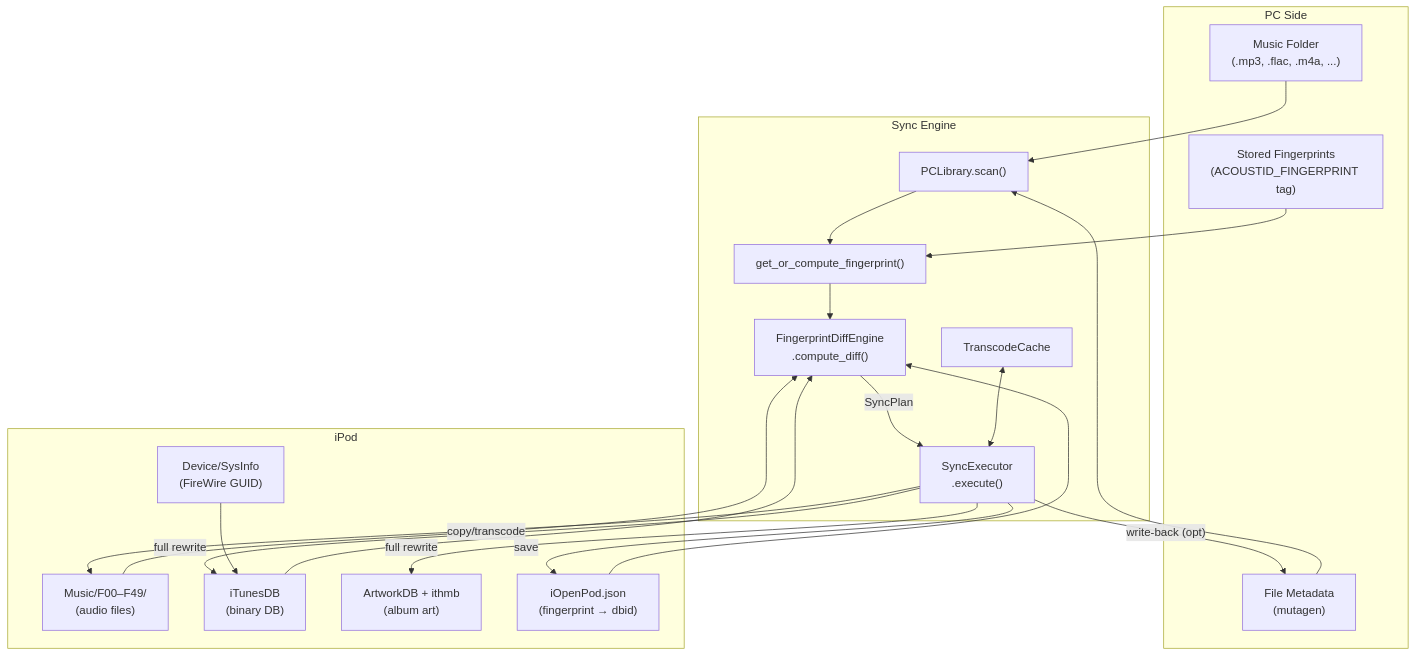
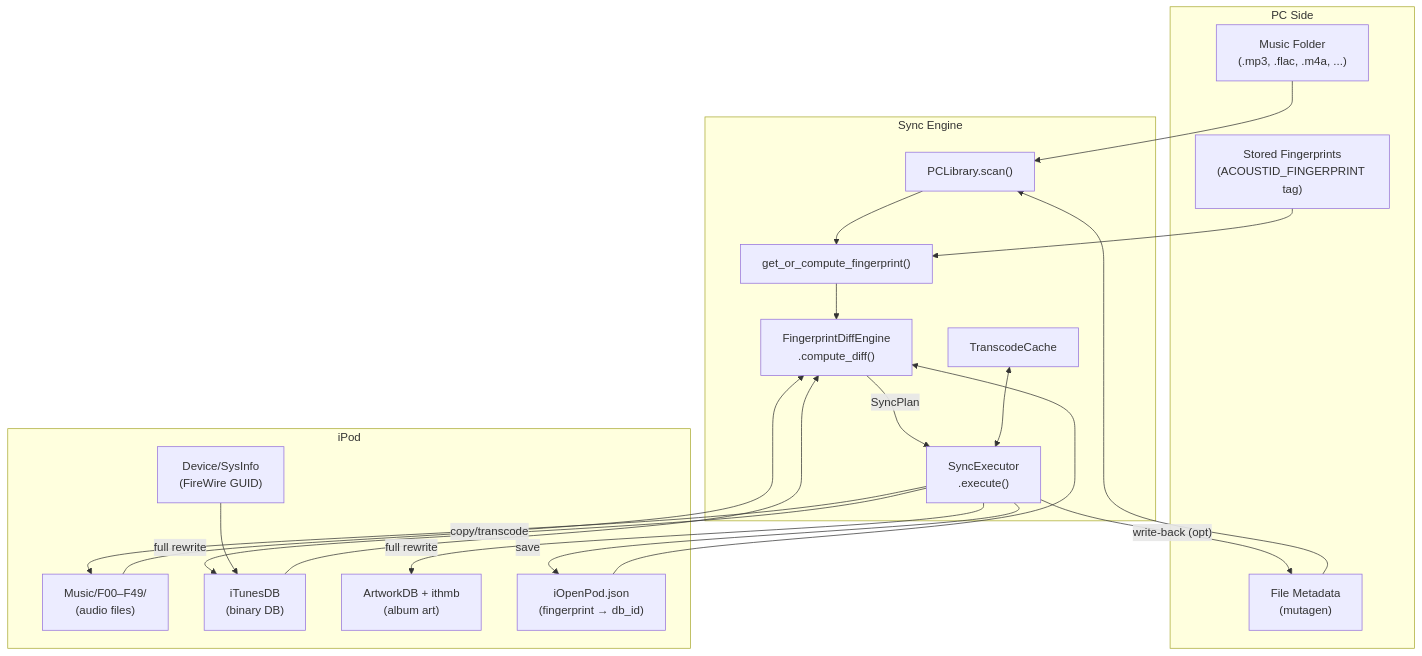
Before and after one commit to TheRealSavi/iOpenPod: the ninth of 9 diagrams in docs/SYNC.md, drawn with Mermaid. The commit also changed other lines of this file and 31 other files, not shown here.

````diff
--- a/docs/SYNC.md
+++ b/docs/SYNC.md
@@ -568,43 +568,43 @@
 ```mermaid
 flowchart TB
     subgraph PC ["PC Side"]
         FOLDER["Music Folder\n(.mp3, .flac, .m4a, ...)"]
         TAGS["File Metadata\n(mutagen)"]
         FP_TAG["Stored Fingerprints\n(ACOUSTID_FINGERPRINT tag)"]
     end
 
     subgraph ENGINE ["Sync Engine"]
         SCAN["PCLibrary.scan()"]
         FP["get_or_compute_fingerprint()"]
         DIFF["FingerprintDiffEngine\n.compute_diff()"]
         EXEC["SyncExecutor\n.execute()"]
         TC["TranscodeCache"]
     end
 
     subgraph IPOD ["iPod"]
         MUSIC["Music/F00–F49/\n(audio files)"]
         ITDB["iTunesDB\n(binary DB)"]
         ARTDB["ArtworkDB + ithmb\n(album art)"]
-        MAPPING["iOpenPod.json\n(fingerprint → dbid)"]
+        MAPPING["iOpenPod.json\n(fingerprint → db_id)"]
         SYSINFO["Device/SysInfo\n(FireWire GUID)"]
     end
 
     FOLDER --> SCAN
     TAGS --> SCAN
     FP_TAG --> FP
     SCAN --> FP
     FP --> DIFF
     ITDB --> DIFF
     MAPPING --> DIFF
     MUSIC --> DIFF
 
     DIFF -- "SyncPlan" --> EXEC
 
     EXEC -- "copy/transcode" --> MUSIC
     EXEC -- "full rewrite" --> ITDB
     EXEC -- "full rewrite" --> ARTDB
     EXEC -- "save" --> MAPPING
     EXEC -- "write-back (opt)" --> TAGS
     TC <--> EXEC
     SYSINFO --> ITDB
 ```
````
